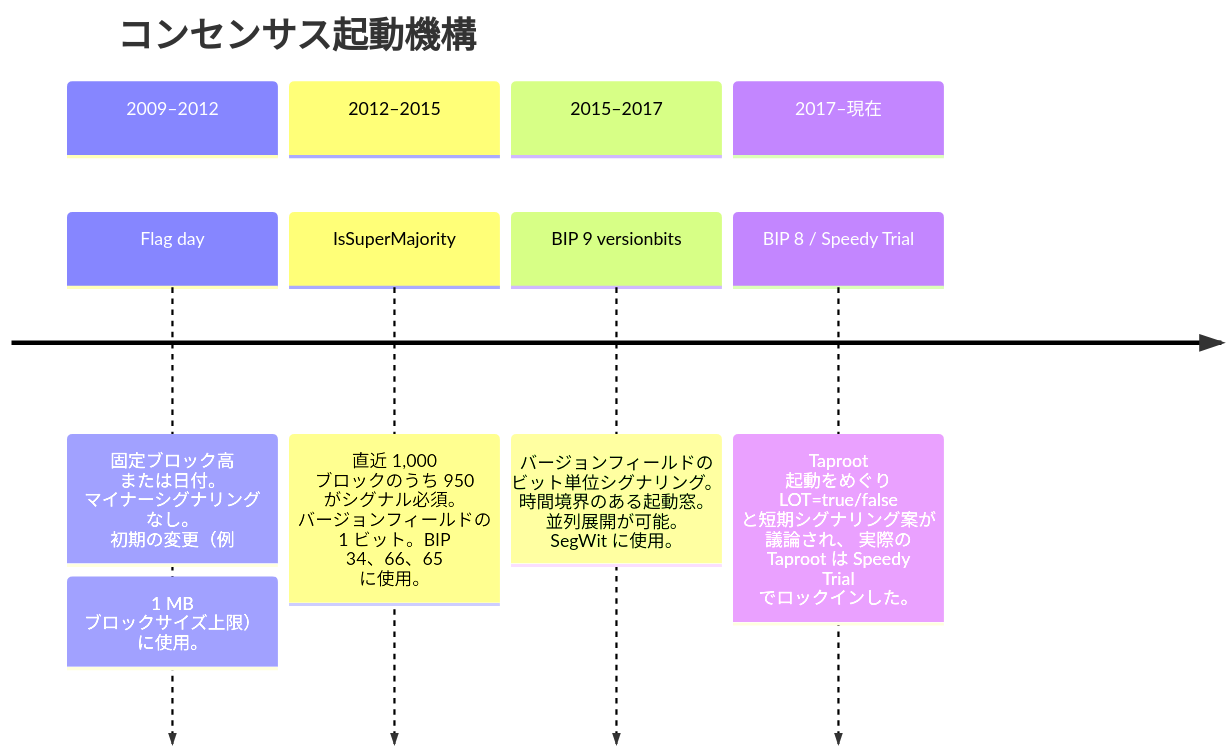
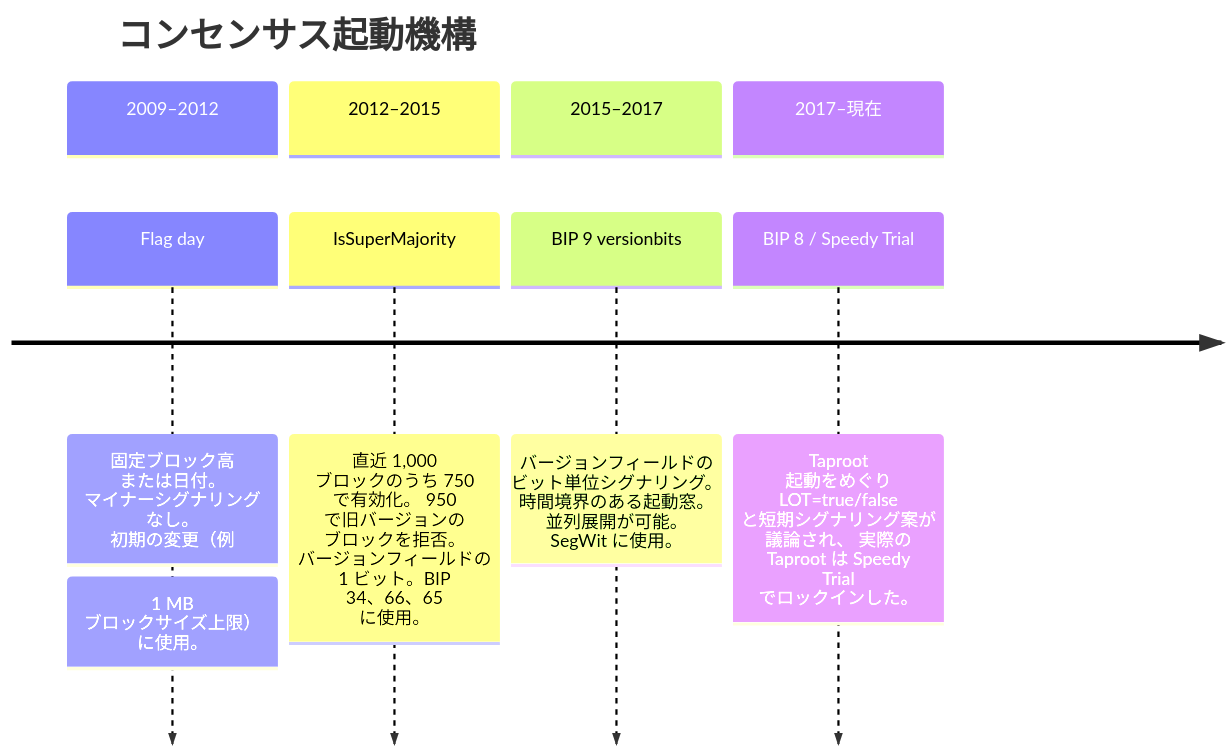
The fifth of 5 diagrams in src/data/translations/ja/design/2009-01-03-bitcoin-consensus-design.md (cypher256/BitcoinArchive), drawn with Mermaid before and after one commit. The commit also changed other lines of this file and 19 other files, not shown here.

````diff
--- a/src/data/translations/ja/design/2009-01-03-bitcoin-consensus-design.md
+++ b/src/data/translations/ja/design/2009-01-03-bitcoin-consensus-design.md
@@ -207,12 +207,12 @@
 ```mermaid
 timeline
     title コンセンサス起動機構
     section 2009–2012
         Flag day : 固定ブロック高 または日付。 マイナーシグナリング なし。 初期の変更（例: 1 MB ブロックサイズ上限） に使用。
     section 2012–2015
-        IsSuperMajority : 直近 1,000 ブロックのうち 950 がシグナル必須。 バージョンフィールドの 1 ビット。BIP 34、66、65 に使用。
+        IsSuperMajority : 直近 1,000 ブロックのうち 750 で有効化。 950 で旧バージョンの ブロックを拒否。 バージョンフィールドの 1 ビット。BIP 34、66、65 に使用。
     section 2015–2017
         BIP 9 versionbits : バージョンフィールドの ビット単位シグナリング。 時間境界のある起動窓。 並列展開が可能。 SegWit に使用。
     section 2017–現在
         BIP 8 / Speedy Trial : Taproot 起動をめぐり LOT=true/false と短期シグナリング案が 議論され、 実際の Taproot は Speedy Trial でロックインした。
 ```
````
